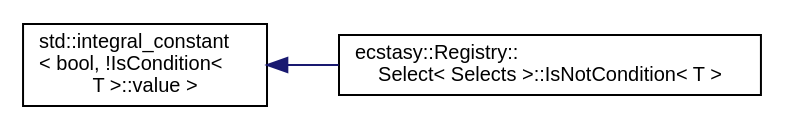
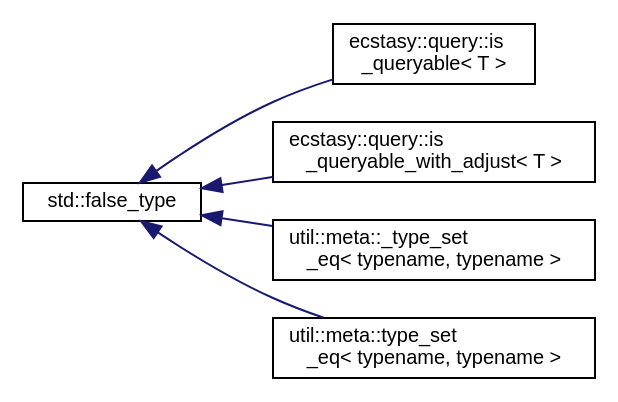
The diagram in inherit_graph_64.dot (AndreasLrx/ecstasy), drawn with Graphviz before and after one commit. The commit also changed 394 other files, not shown here.

```diff
--- a/inherit_graph_64.dot
+++ b/inherit_graph_64.dot
@@ -1,10 +1,16 @@
 digraph "Graphical Class Hierarchy"
 {
  // LATEX_PDF_SIZE
   edge [fontname="Helvetica",fontsize="10",labelfontname="Helvetica",labelfontsize="10"];
   node [fontname="Helvetica",fontsize="10",shape=record];
   rankdir="LR";
-  Node0 [label="std::integral_constant\l\< bool, !IsCondition\<\l T \>::value \>",height=0.2,width=0.4,color="black", fillcolor="white", style="filled",URL="/home/runner/work/ecstasy/ecstasy/doc/external/cppreference-doxygen-web.tag.xml$cpp/types/integral_constant.html",tooltip=" "];
+  Node0 [label="std::false_type",height=0.2,width=0.4,color="black", fillcolor="white", style="filled",URL="/home/runner/work/ecstasy/ecstasy/doc/external/cppreference-doxygen-web.tag.xml$cpp/types/integral_constant.html",tooltip=" "];
   Node0 -> Node1 [dir="back",color="midnightblue",fontsize="10",style="solid",fontname="Helvetica"];
-  Node1 [label="ecstasy::Registry::\lSelect\< Selects \>::IsNotCondition\< T \>",height=0.2,width=0.4,color="black", fillcolor="white", style="filled",URL="$structecstasy_1_1_registry_1_1_select_1_1_is_not_condition.html",tooltip=" "];
+  Node1 [label="ecstasy::query::is\l_queryable\< T \>",height=0.2,width=0.4,color="black", fillcolor="white", style="filled",URL="$structecstasy_1_1query_1_1is__queryable.html",tooltip="Checks if the given type match the Queryable concept."];
+  Node0 -> Node2 [dir="back",color="midnightblue",fontsize="10",style="solid",fontname="Helvetica"];
+  Node2 [label="ecstasy::query::is\l_queryable_with_adjust\< T \>",height=0.2,width=0.4,color="black", fillcolor="white", style="filled",URL="$structecstasy_1_1query_1_1is__queryable__with__adjust.html",tooltip="Checks if the given type match the QueryableNeedAdjust concept."];
+  Node0 -> Node3 [dir="back",color="midnightblue",fontsize="10",style="solid",fontname="Helvetica"];
+  Node3 [label="util::meta::_type_set\l_eq\< typename, typename \>",height=0.2,width=0.4,color="black", fillcolor="white", style="filled",URL="$structutil_1_1meta_1_1__type__set__eq.html",tooltip=" "];
+  Node0 -> Node4 [dir="back",color="midnightblue",fontsize="10",style="solid",fontname="Helvetica"];
+  Node4 [label="util::meta::type_set\l_eq\< typename, typename \>",height=0.2,width=0.4,color="black", fillcolor="white", style="filled",URL="$structutil_1_1meta_1_1type__set__eq.html",tooltip="Test if two tuple types contains the exact same type independently of the order."];
 }
```
